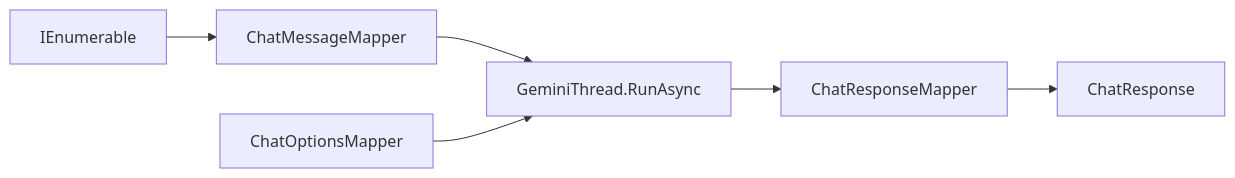
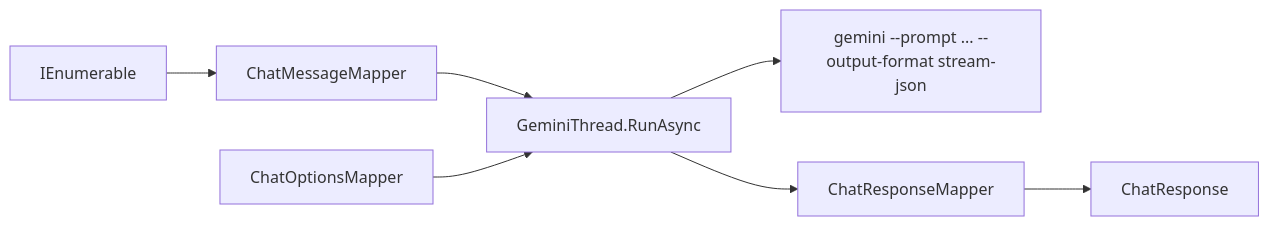
Before and after one commit to managedcode/GeminiSharpSDK: the diagram in docs/Features/meai-integration.md, drawn with Mermaid. The commit also changed other lines of this file and 5 other files, not shown here.

Commit message:
Sync adapter docs with current Gemini CLI contract

````diff
--- a/docs/Features/meai-integration.md
+++ b/docs/Features/meai-integration.md
@@ -145,15 +146,17 @@
 ```mermaid
 flowchart LR
   Input["IEnumerable<ChatMessage>"]
   MsgMapper["ChatMessageMapper"]
   OptMapper["ChatOptionsMapper"]
   Thread["GeminiThread.RunAsync"]
+  Cli["gemini --prompt ... --output-format stream-json"]
   RespMapper["ChatResponseMapper"]
   Output["ChatResponse"]
 
   Input --> MsgMapper
   MsgMapper --> Thread
   OptMapper --> Thread
+  Thread --> Cli
   Thread --> RespMapper
   RespMapper --> Output
 ```
````
